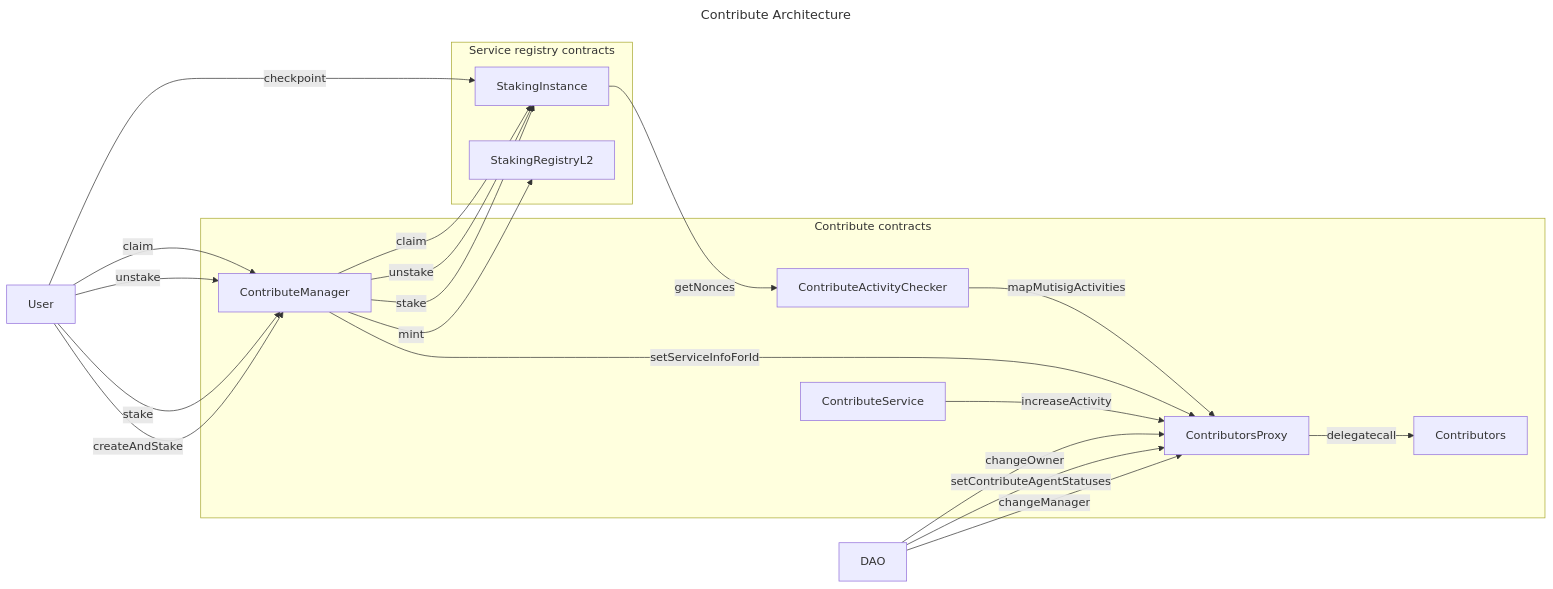
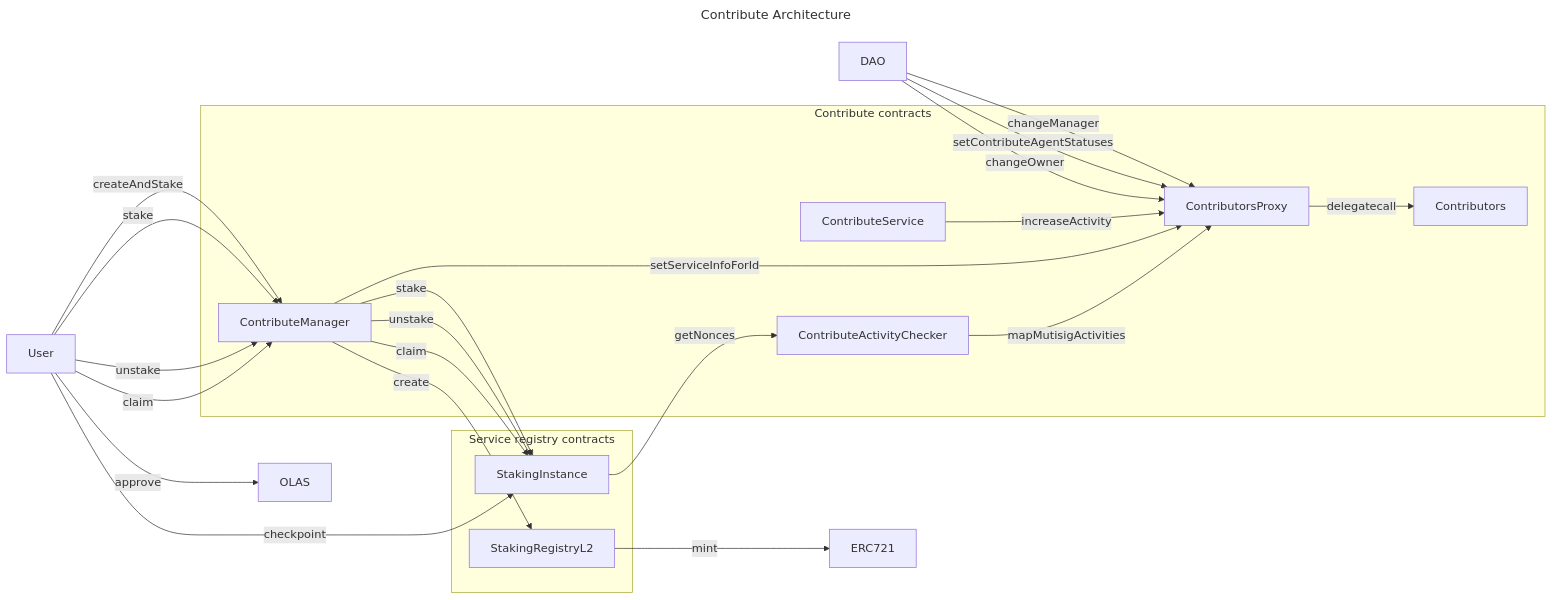
Before and after one commit to valory-xyz/autonolas-staking-programmes: the diagram in README.md, drawn with Mermaid.

Commit message:
doc: update contribute flowchart

````diff
--- a/README.md
+++ b/README.md
@@ -75,28 +75,30 @@
 ```mermaid
 ---
 title: Contribute Architecture
 ---
 flowchart LR
     DAO -- changeManager --> ContributorsProxy
     DAO -- setContributeAgentStatuses --> ContributorsProxy
     DAO -- changeOwner --> ContributorsProxy
     User -- createAndStake --> ContributeManager
     User -- stake --> ContributeManager
     User -- unstake --> ContributeManager
     User -- claim --> ContributeManager
     User -- checkpoint --> StakingInstance -- getNonces --> ContributeActivityChecker
-    ContributeManager -- mint --> StakingRegistryL2
+    User -- approve --> OLAS
+    ContributeManager -- create --> StakingRegistryL2
+    StakingRegistryL2 -- mint --> ERC721
     ContributeManager -- stake --> StakingInstance
     ContributeManager -- unstake --> StakingInstance
     ContributeManager -- claim --> StakingInstance
     subgraph Service registry contracts
     StakingInstance
     StakingRegistryL2
     end
     subgraph Contribute contracts
     ContributeService -- increaseActivity --> ContributorsProxy
     ContributorsProxy -- delegatecall --> Contributors
     ContributeManager -- setServiceInfoForId --> ContributorsProxy
     ContributeActivityChecker -- mapMutisigActivities --> ContributorsProxy
     end
 ```
````
